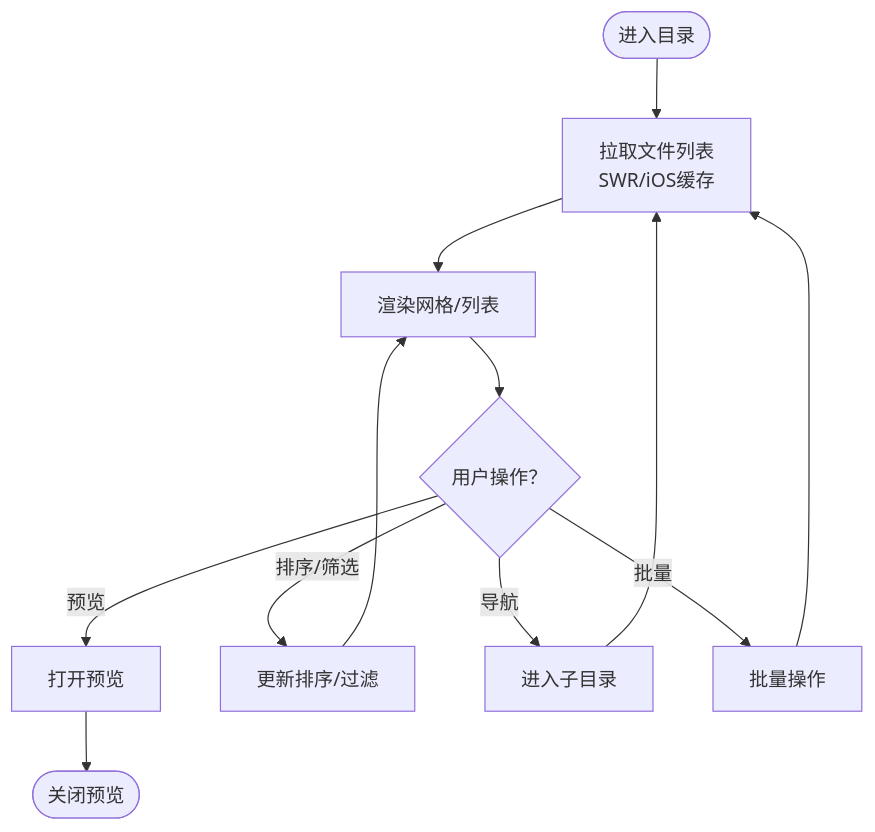
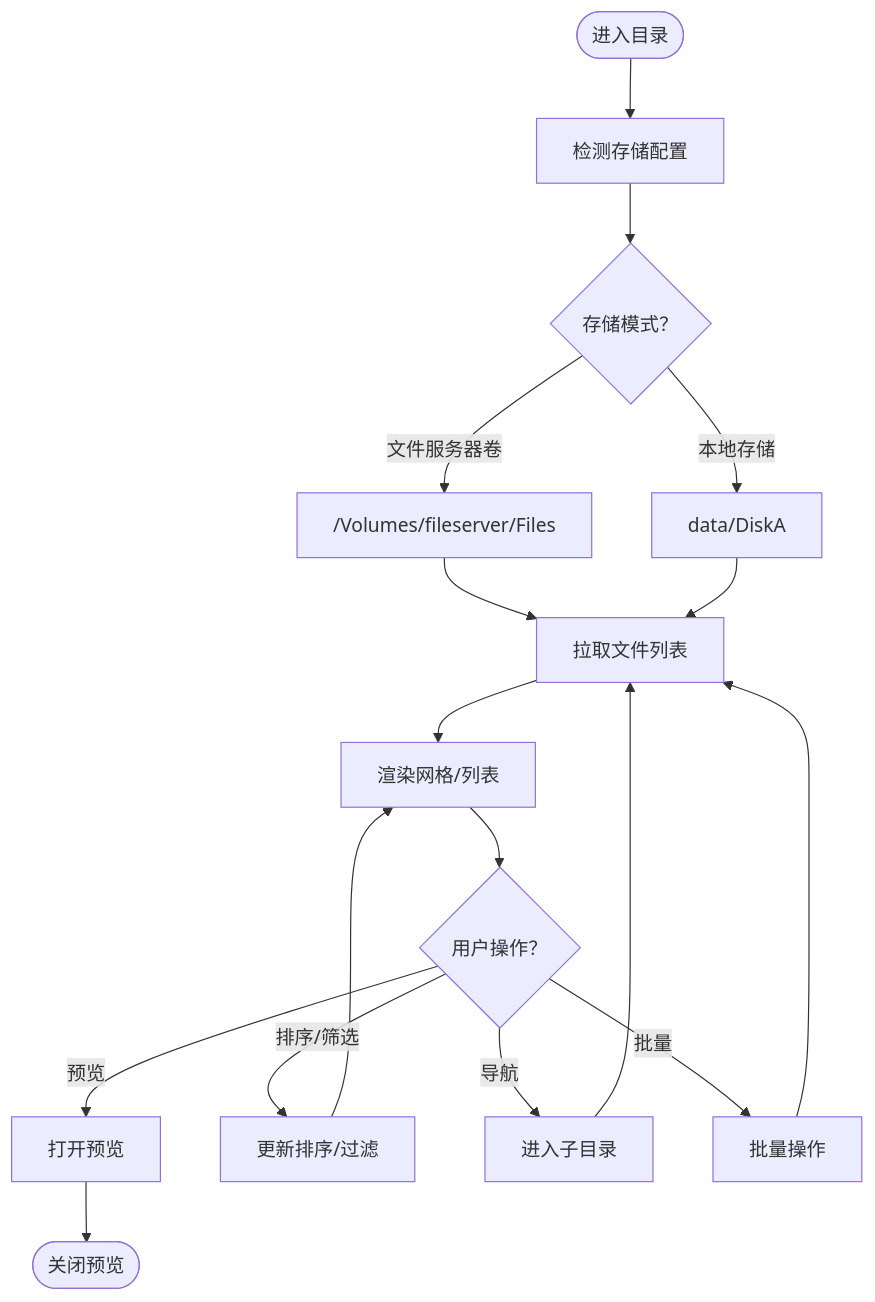
Before and after one commit to CubeEdge/Longhorn: the fifth of 10 diagrams in .qoder/repowiki/zh/content/文件管理系统/文件管理系统.md, drawn with Mermaid. The commit also changed other lines of this file and 26 other files, not shown here.

````diff
--- a/.qoder/repowiki/zh/content/文件管理系统/文件管理系统.md
+++ b/.qoder/repowiki/zh/content/文件管理系统/文件管理系统.md
@@ -238,14 +274,19 @@
 ```mermaid
 flowchart TD
-Start(["进入目录"]) --> Fetch["拉取文件列表<br/>SWR/iOS缓存"]
+Start(["进入目录"]) --> DetectStorage["检测存储配置"]
+DetectStorage --> PathMode{"存储模式？"}
+PathMode --> |文件服务器卷| FileServer["/Volumes/fileserver/Files"]
+PathMode --> |本地存储| LocalStorage["data/DiskA"]
+FileServer --> Fetch["拉取文件列表"]
+LocalStorage --> Fetch
 Fetch --> Render["渲染网格/列表"]
 Render --> Action{"用户操作？"}
 Action --> |预览| Preview["打开预览"]
 Action --> |排序/筛选| Sort["更新排序/过滤"]
 Action --> |导航| Navigate["进入子目录"]
 Action --> |批量| Batch["批量操作"]
 Sort --> Render
 Navigate --> Fetch
 Batch --> Fetch
 Preview --> End(["关闭预览"])
 ```
````
